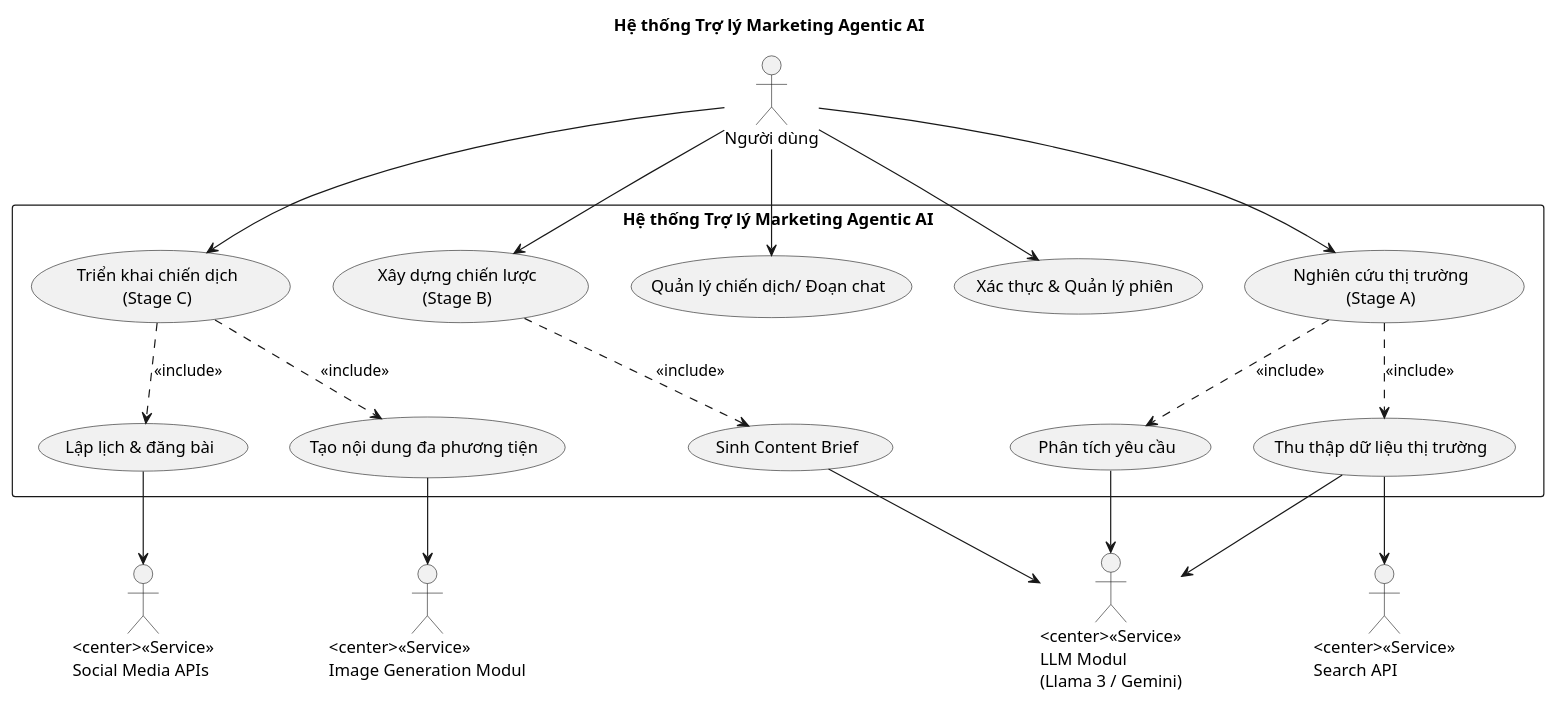
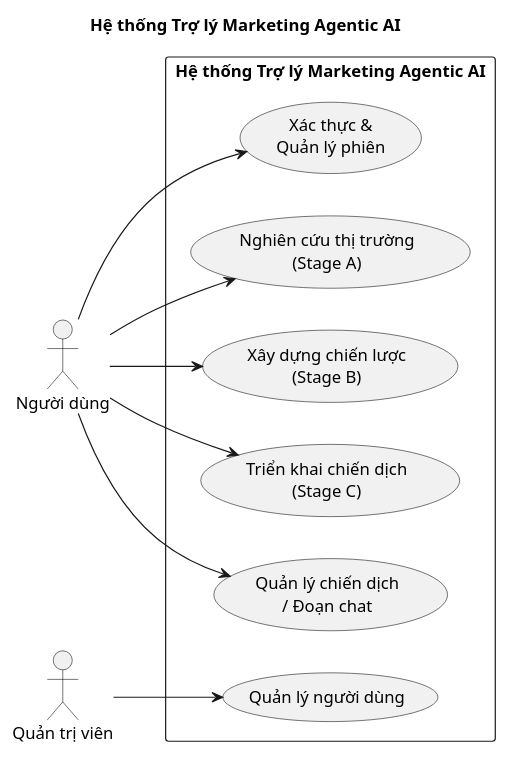
One commit to vien10022003/MarketMind-AI changed the first of 12 diagrams in diagram.md. Above: the diagram before and after it, drawn with PlantUML. The commit also changed 1 other file, not shown here.

```diff
--- a/diagram.md
+++ b/diagram.md
@@ -3,53 +3,31 @@
 @startuml
+left to right direction
+
 title Hệ thống Trợ lý Marketing Agentic AI
 
-' Định nghĩa các Actor
 actor "Người dùng" as User
-actor "<center><<Service>>\nSocial Media APIs" as SocialAPI
-actor "<center><<Service>>\nImage Generation Modul" as ImageMod
-actor "<center><<Service>>\nLLM Modul\n(Llama 3 / Gemini)" as LLM
-actor "<center><<Service>>\nSearch API" as SearchAPI
+actor "Quản trị viên" as Admin
 
-' Khung hệ thống (System Boundary)
 rectangle "Hệ thống Trợ lý Marketing Agentic AI" {
 
-    ' Các Use Case chính
-    usecase "Triển khai chiến dịch\n(Stage C)" as UC_Campaign
-    usecase "Xây dựng chiến lược\n(Stage B)" as UC_Strategy
-    usecase "Quản lý chiến dịch/ Đoạn chat" as UC_Report
-    usecase "Xác thực & Quản lý phiên" as UC_Auth
+    usecase "Xác thực &\nQuản lý phiên" as UC_Auth
+
     usecase "Nghiên cứu thị trường\n(Stage A)" as UC_Research
 
-    ' Các Use Case con / phụ
-    usecase "Lập lịch & đăng bài" as UC_Schedule
-    usecase "Tạo nội dung đa phương tiện" as UC_Content
-    usecase "Sinh Content Brief" as UC_Brief
-    usecase "Phân tích yêu cầu" as UC_Analyze
-    usecase "Thu thập dữ liệu thị trường" as UC_Data
+    usecase "Xây dựng chiến lược\n(Stage B)" as UC_Strategy
 
-    ' Mối quan hệ giữa Actor và Use Case (Association)
-    User --> UC_Campaign
-    User --> UC_Strategy
-    User --> UC_Report
-    User --> UC_Auth
-    User --> UC_Research
+    usecase "Triển khai chiến dịch\n(Stage C)" as UC_Campaign
 
-    ' Mối quan hệ với các Actor bên ngoài
-    UC_Schedule --> SocialAPI
-    UC_Content --> ImageMod
-    UC_Brief --> LLM
-    UC_Analyze --> LLM
-    UC_Data --> SearchAPI
-    UC_Data --> LLM
+    usecase "Quản lý chiến dịch\n/ Đoạn chat" as UC_Report
 
-    ' Mối quan hệ Include
-    UC_Campaign ..> UC_Schedule : <<include>>
-    UC_Campaign ..> UC_Content : <<include>>
-    
-    UC_Strategy ..> UC_Brief : <<include>>
-    
-    UC_Research ..> UC_Analyze : <<include>>
-    UC_Research ..> UC_Data : <<include>>
+    usecase "Quản lý người dùng" as UC_QL
 }
 
+User --> UC_Auth
+User --> UC_Research
+User --> UC_Strategy
+User --> UC_Campaign
+User --> UC_Report
+
+Admin --> UC_QL
 @enduml
```
